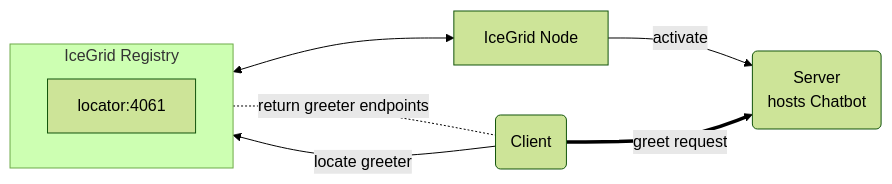
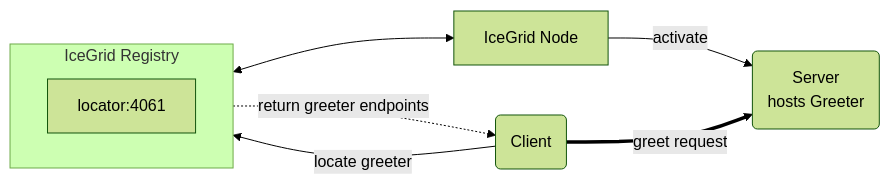
Before and after one commit to zeroc-ice/ice-demos: the diagram in swift/IceGrid/Greeter/README.md, drawn with Mermaid (forest theme). The commit also changed 43 other files, not shown here.

````diff
--- a/swift/IceGrid/Greeter/README.md
+++ b/swift/IceGrid/Greeter/README.md
@@ -5,13 +5,13 @@
 ```mermaid
 flowchart LR
     Client(Client) --> | locate greeter | Locator
     subgraph Registry[IceGrid Registry]
         direction LR
         Locator[locator:4061]
     end
     Node[IceGrid Node]
-    Server(Server<br/>hosts Chatbot)
+    Server(Server<br/>hosts Greeter)
     Registry <--> Node --> | activate | Server
-    Locator -.- |return greeter endpoints | Client
+    Locator -.-> |return greeter endpoints | Client
     Client ==> |greet request| Server
 ```
````
